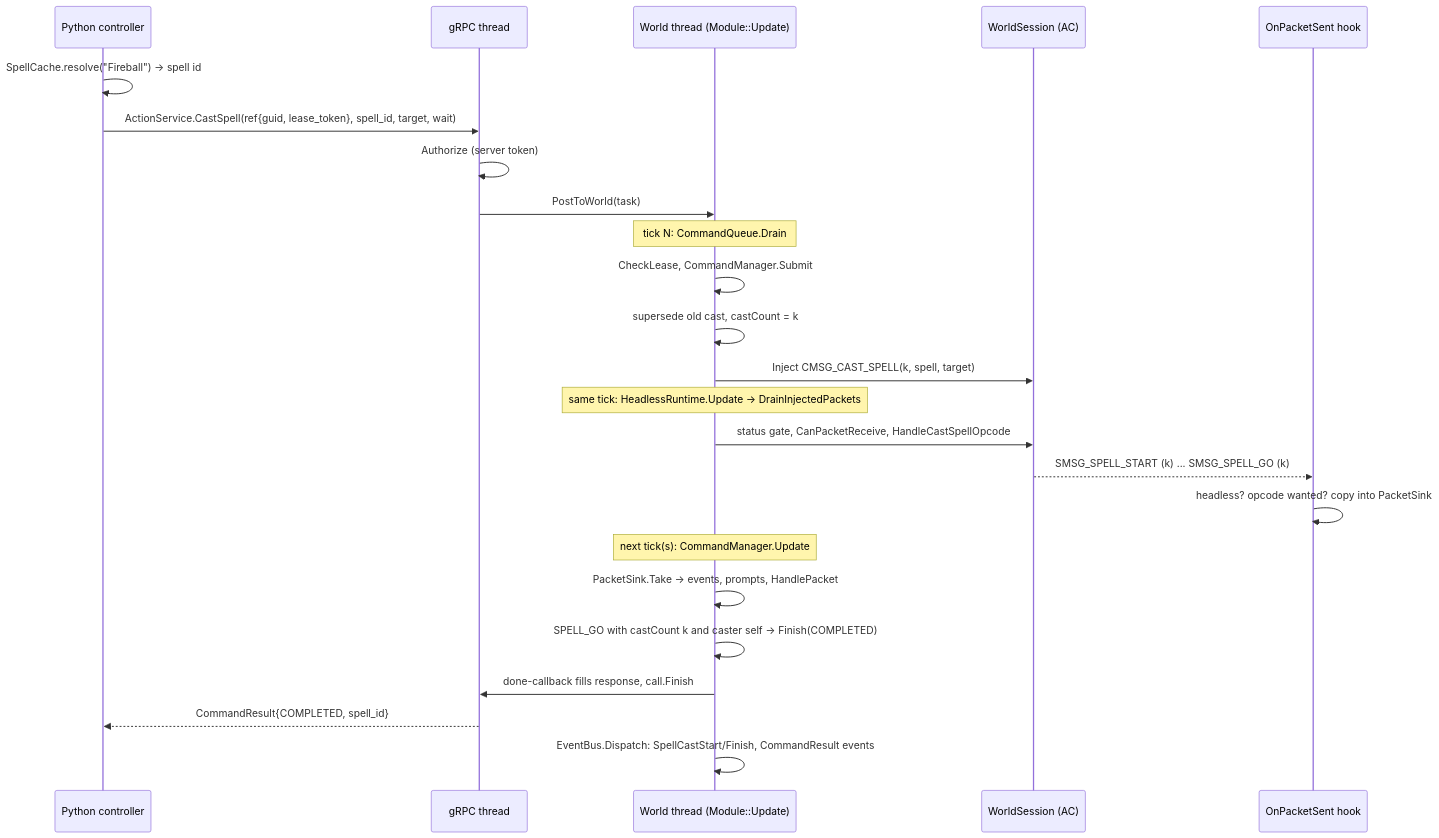
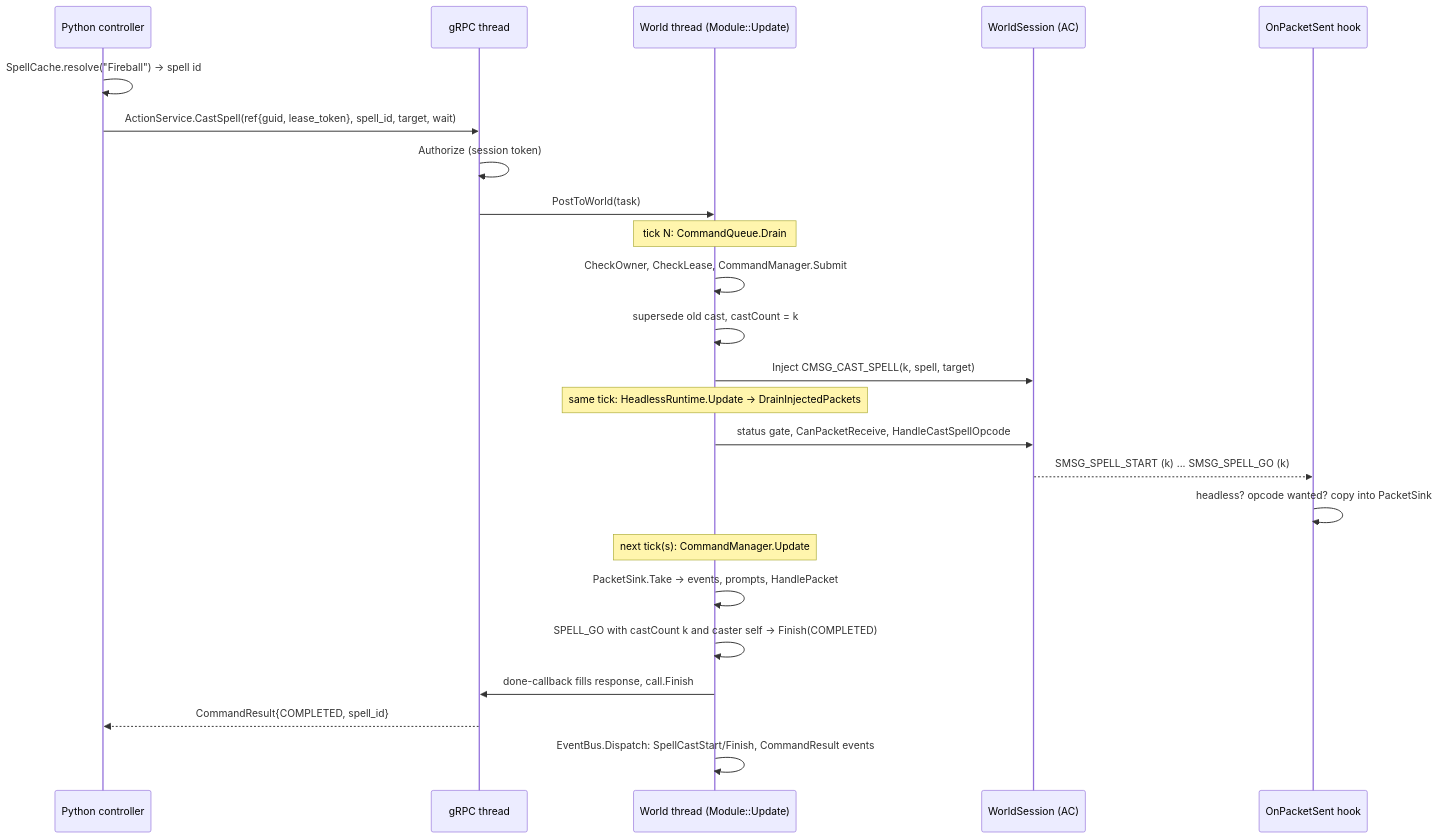
One commit to SimianJake/mod-acsdk changed the second of 2 diagrams in docs/ARCHITECTURE.md. Above: the diagram before and after it, drawn with Mermaid. The commit also changed other lines of this file and 42 other files, not shown here.

````diff
--- a/docs/ARCHITECTURE.md
+++ b/docs/ARCHITECTURE.md
@@ -765,27 +848,27 @@
 ```mermaid
 sequenceDiagram
     participant Py as Python controller
     participant G as gRPC thread
     participant W as World thread (Module::Update)
     participant S as WorldSession (AC)
     participant H as OnPacketSent hook
 
     Py->>Py: SpellCache.resolve("Fireball") → spell id
     Py->>G: ActionService.CastSpell(ref{guid, lease_token}, spell_id, target, wait)
-    G->>G: Authorize (server token)
+    G->>G: Authorize (session token)
     G->>W: PostToWorld(task)
     Note over W: tick N: CommandQueue.Drain
-    W->>W: CheckLease, CommandManager.Submit
+    W->>W: CheckOwner, CheckLease, CommandManager.Submit
     W->>W: supersede old cast, castCount = k
     W->>S: Inject CMSG_CAST_SPELL(k, spell, target)
     Note over W: same tick: HeadlessRuntime.Update → DrainInjectedPackets
     W->>S: status gate, CanPacketReceive, HandleCastSpellOpcode
     S-->>H: SMSG_SPELL_START (k) ... SMSG_SPELL_GO (k)
     H->>H: headless? opcode wanted? copy into PacketSink
     Note over W: next tick(s): CommandManager.Update
     W->>W: PacketSink.Take → events, prompts, HandlePacket
     W->>W: SPELL_GO with castCount k and caster self → Finish(COMPLETED)
     W->>G: done-callback fills response, call.Finish
     G-->>Py: CommandResult{COMPLETED, spell_id}
     W->>W: EventBus.Dispatch: SpellCastStart/Finish, CommandResult events
 ```
````
